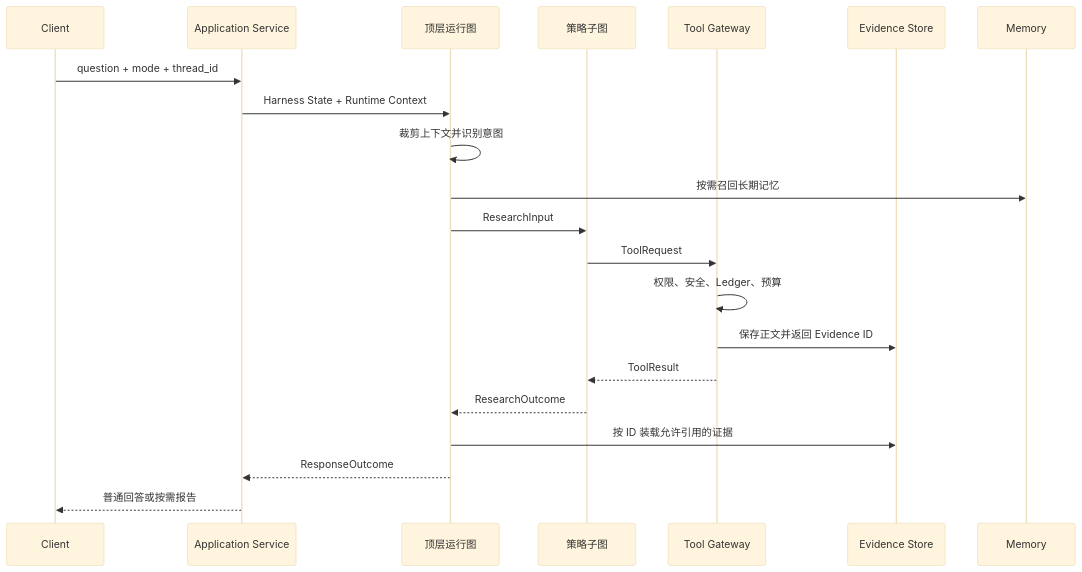
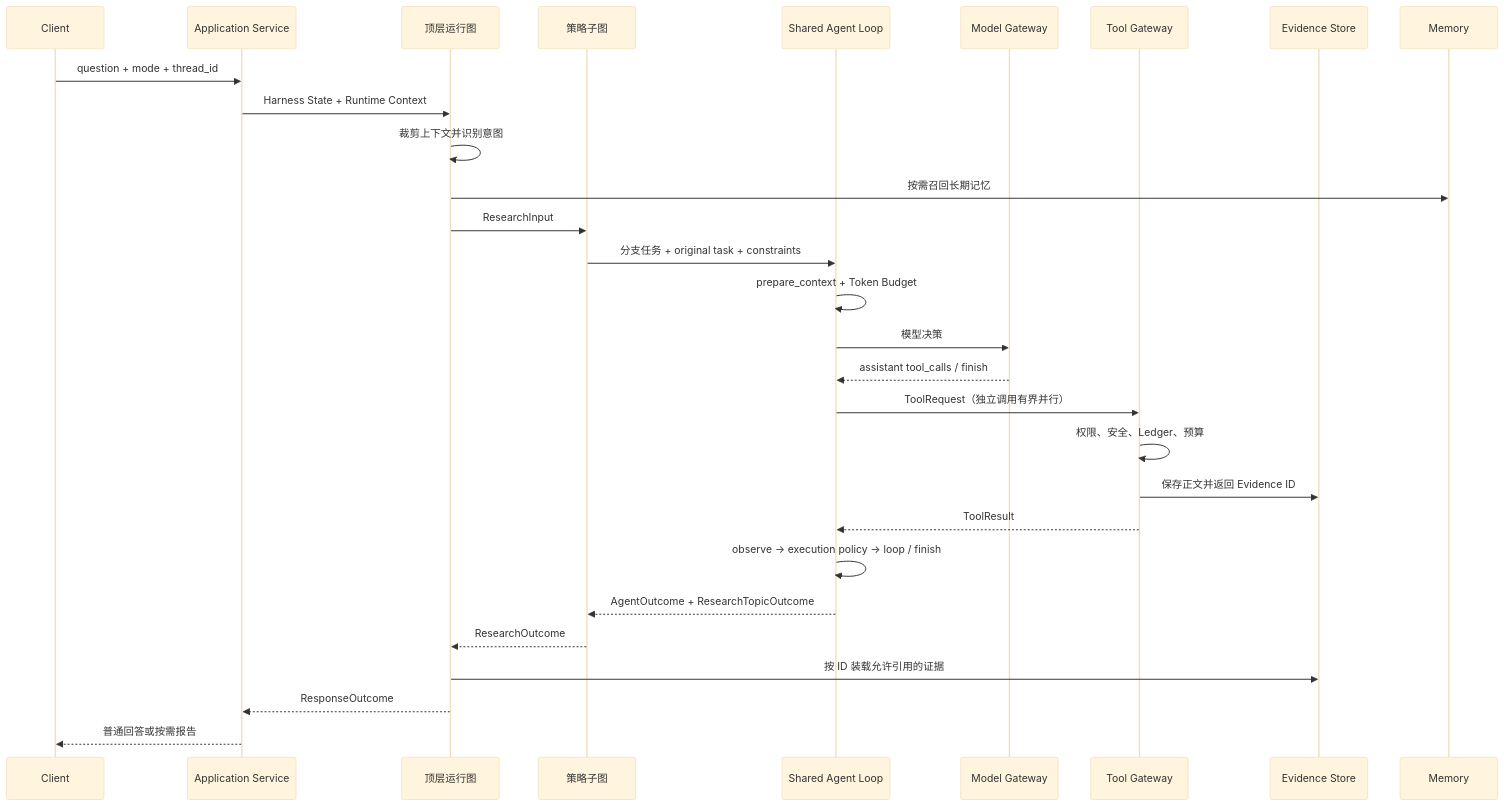
The diagram in backend/README.md (1785454358/agent), drawn with Mermaid (base theme) before and after one commit. The commit also changed other lines of this file and 34 other files, not shown here.

````diff
--- a/backend/README.md
+++ b/backend/README.md
@@ -7,24 +7,32 @@
 ```mermaid
 sequenceDiagram
     participant C as Client
     participant A as Application Service
     participant H as 顶层运行图
     participant S as 策略子图
+    participant L as Shared Agent Loop
+    participant P as Model Gateway
     participant G as Tool Gateway
     participant E as Evidence Store
     participant M as Memory
 
     C->>A: question + mode + thread_id
     A->>H: Harness State + Runtime Context
     H->>H: 裁剪上下文并识别意图
     H->>M: 按需召回长期记忆
     H->>S: ResearchInput
-    S->>G: ToolRequest
+    S->>L: 分支任务 + original task + constraints
+    L->>L: prepare_context + Token Budget
+    L->>P: 模型决策
+    P-->>L: assistant tool_calls / finish
+    L->>G: ToolRequest（独立调用有界并行）
     G->>G: 权限、安全、Ledger、预算
     G->>E: 保存正文并返回 Evidence ID
-    G-->>S: ToolResult
+    G-->>L: ToolResult
+    L->>L: observe → execution policy → loop / finish
+    L-->>S: AgentOutcome + ResearchTopicOutcome
     S-->>H: ResearchOutcome
     H->>E: 按 ID 装载允许引用的证据
     H-->>A: ResponseOutcome
     A-->>C: 普通回答或按需报告
 ```
````
